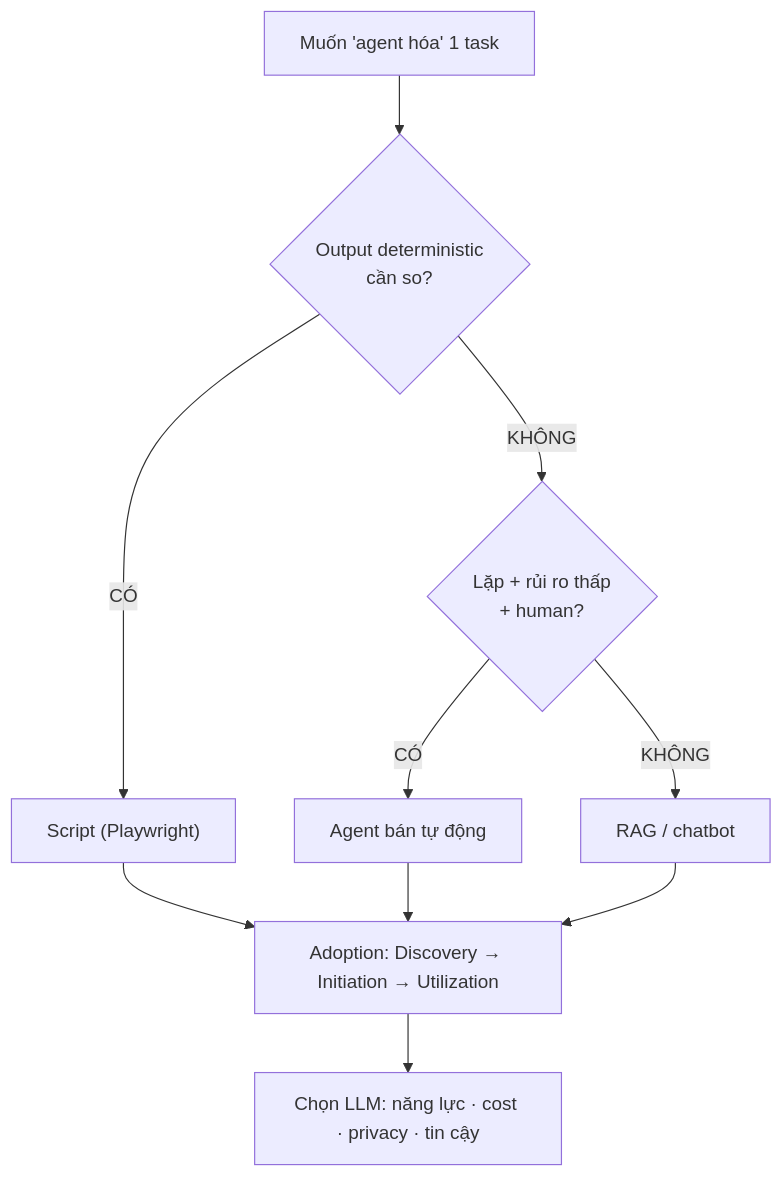
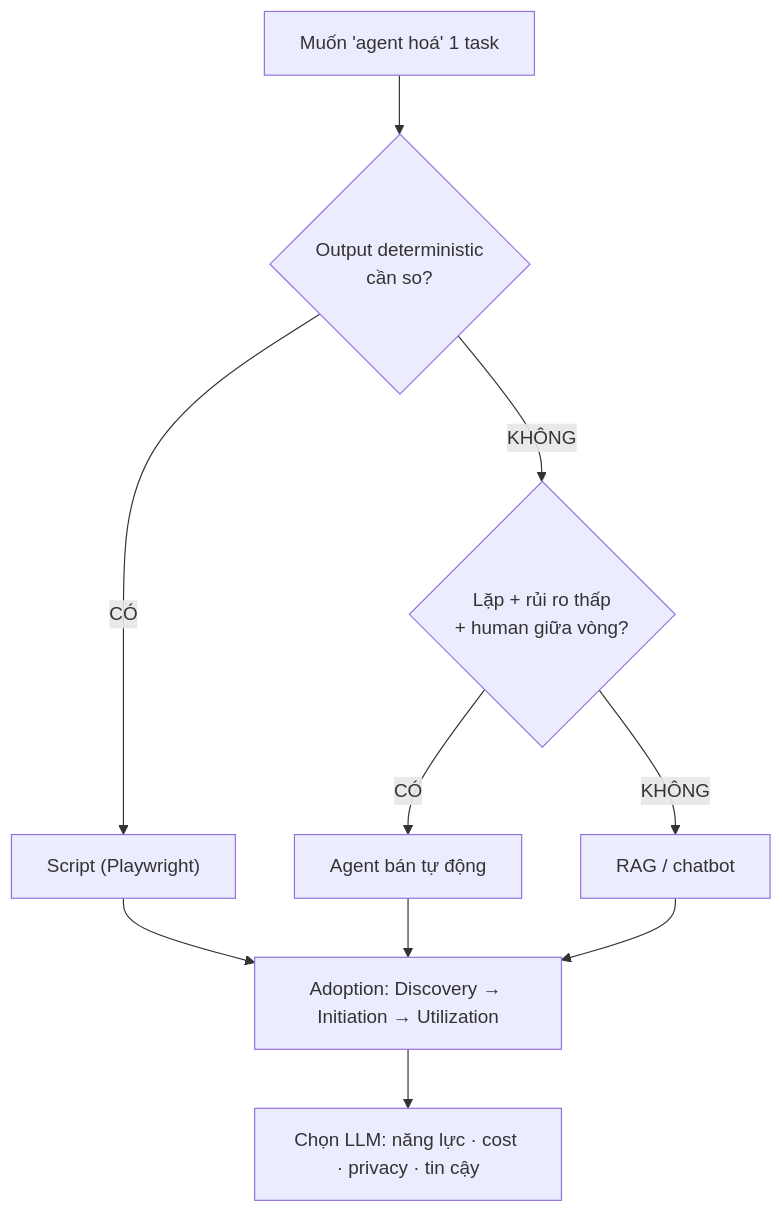
The sixth of 6 diagrams in docs/curriculum/MODULE-08-ecosystem-lab.md (heino-labs/gen-ai-labs), drawn with Mermaid before and after one commit. The commit also changed other lines of this file and 10 other files, not shown here.

Commit message:
Refactor MODULE-09-capstone.md and README.md for clarity and structure; enhance narrative flow and emphasize evidence-based learning in AI testing curriculum.

````diff
--- a/docs/curriculum/MODULE-08-ecosystem-lab.md
+++ b/docs/curriculum/MODULE-08-ecosystem-lab.md
@@ -461,12 +231,12 @@
 ```mermaid
 flowchart TD
-    T["Muốn 'agent hóa' 1 task"] --> D1{"Output deterministic<br/>cần so?"}
+    T["Muốn 'agent hoá' 1 task"] --> D1{"Output deterministic<br/>cần so?"}
     D1 -- CÓ --> S["Script (Playwright)"]
-    D1 -- KHÔNG --> D2{"Lặp + rủi ro thấp<br/>+ human?"}
+    D1 -- KHÔNG --> D2{"Lặp + rủi ro thấp<br/>+ human giữa vòng?"}
     D2 -- CÓ --> AG["Agent bán tự động"]
     D2 -- KHÔNG --> RAG["RAG / chatbot"]
     S --> ADOPT["Adoption: Discovery → Initiation → Utilization"]
     AG --> ADOPT
     RAG --> ADOPT
     ADOPT --> LLM["Chọn LLM: năng lực · cost · privacy · tin cậy"]
 ```
````
